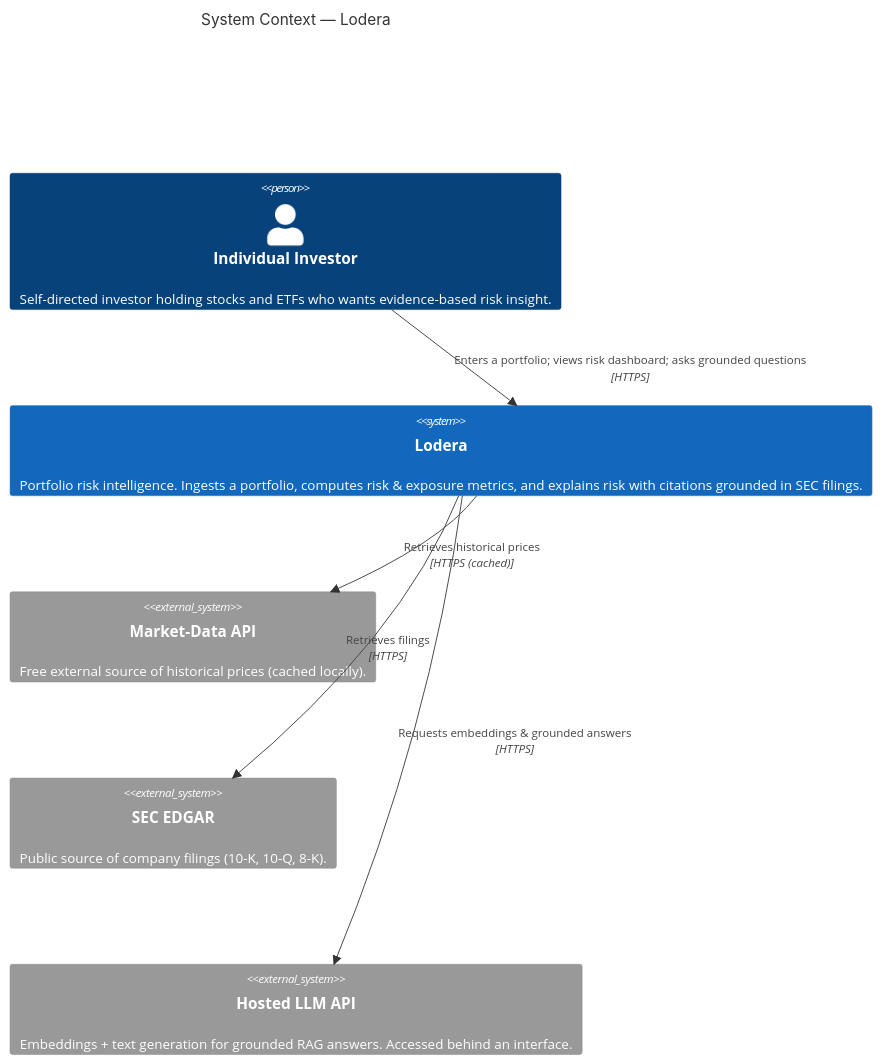
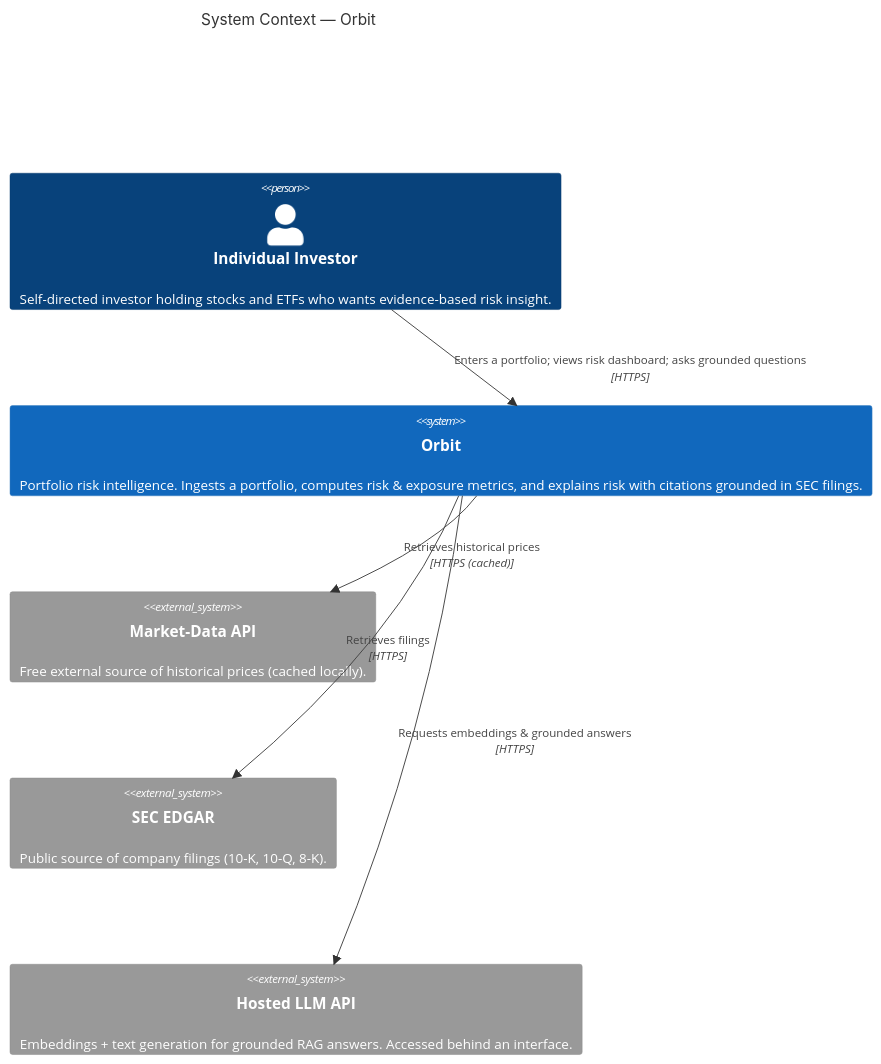
Before and after one commit to lam-andrew/lodera: the first of 2 diagrams in docs/architecture.md, drawn with Mermaid. The commit also changed other lines of this file and 31 other files, not shown here.

First line of the commit message:
chore: rename product Lodera -> Orbit (display name; repo unchanged) (#48)

````diff
--- a/docs/architecture.md
+++ b/docs/architecture.md
@@ -24,19 +24,19 @@
 ```mermaid
 C4Context
-    title System Context — Lodera
+    title System Context — Orbit
 
     Person(investor, "Individual Investor", "Self-directed investor holding stocks and ETFs who wants evidence-based risk insight.")
 
-    System(lodera, "Lodera", "Portfolio risk intelligence. Ingests a portfolio, computes risk & exposure metrics, and explains risk with citations grounded in SEC filings.")
+    System(orbit, "Orbit", "Portfolio risk intelligence. Ingests a portfolio, computes risk & exposure metrics, and explains risk with citations grounded in SEC filings.")
 
     System_Ext(marketdata, "Market-Data API", "Free external source of historical prices (cached locally).")
     System_Ext(edgar, "SEC EDGAR", "Public source of company filings (10-K, 10-Q, 8-K).")
     System_Ext(llm, "Hosted LLM API", "Embeddings + text generation for grounded RAG answers. Accessed behind an interface.")
 
-    Rel(investor, lodera, "Enters a portfolio; views risk dashboard; asks grounded questions", "HTTPS")
-    Rel(lodera, marketdata, "Retrieves historical prices", "HTTPS (cached)")
-    Rel(lodera, edgar, "Retrieves filings", "HTTPS")
-    Rel(lodera, llm, "Requests embeddings & grounded answers", "HTTPS")
+    Rel(investor, orbit, "Enters a portfolio; views risk dashboard; asks grounded questions", "HTTPS")
+    Rel(orbit, marketdata, "Retrieves historical prices", "HTTPS (cached)")
+    Rel(orbit, edgar, "Retrieves filings", "HTTPS")
+    Rel(orbit, llm, "Requests embeddings & grounded answers", "HTTPS")
 
     UpdateLayoutConfig($c4ShapeInRow="2", $c4BoundaryInRow="1")
 ```
````
